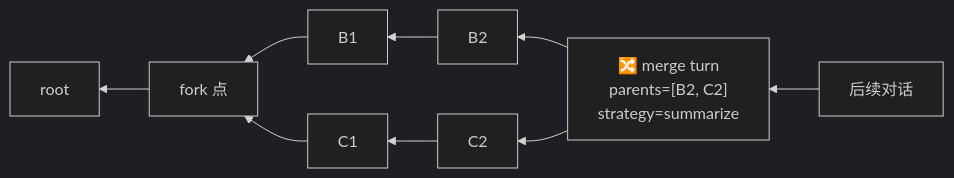
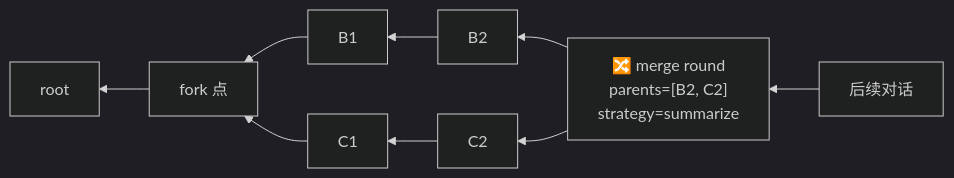
One commit to mushuanli/itookit changed the first of 5 diagrams in doc/feat/llm-2.md. Above: the diagram before and after it, drawn with Mermaid (dark theme). The commit also changed other lines of this file and 74 other files, not shown here.

First line of the commit message:
refactor: rename Turn to Round across entire codebase and docs

````diff
--- a/doc/feat/llm-2.md
+++ b/doc/feat/llm-2.md
@@ -136,8 +136,8 @@
 ```mermaid
 graph RL
     N["后续对话"] --> M
-    M["🔀 merge turn<br/>parents=[B2, C2]<br/>strategy=summarize"] --> B2 & C2
+    M["🔀 merge round<br/>parents=[B2, C2]<br/>strategy=summarize"] --> B2 & C2
     B2 --> B1 --> F["fork 点"]
     C2 --> C1 --> F
     F --> R["root"]
 ```
````
